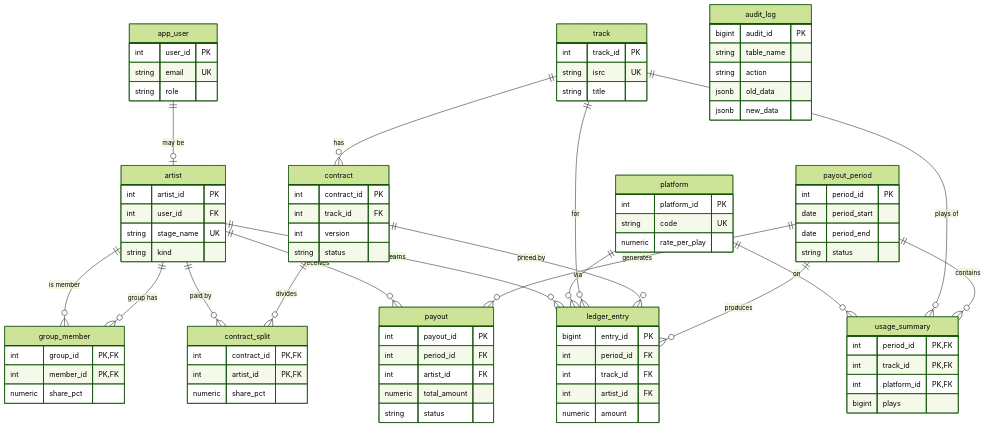
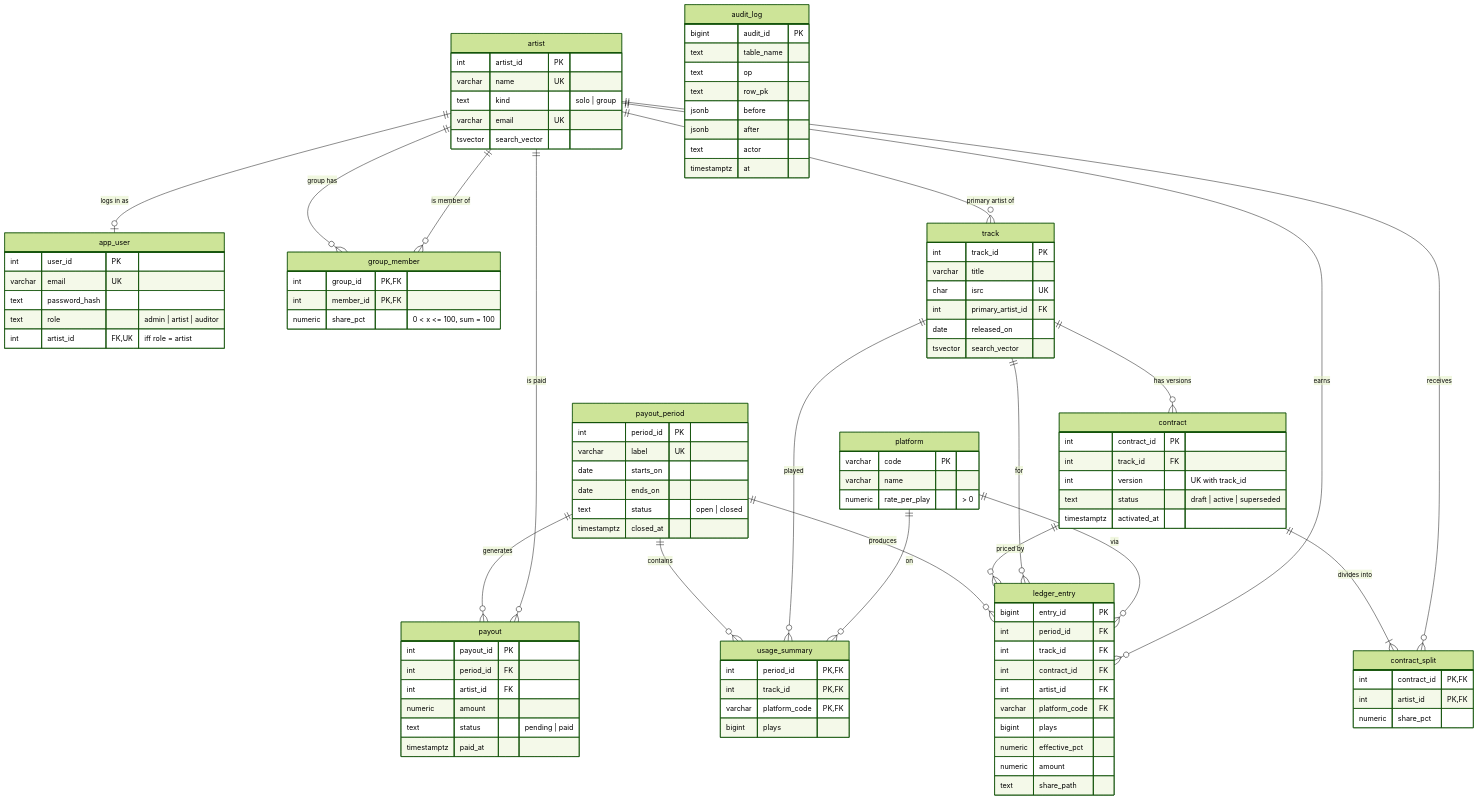
The diagram in docs/DESIGN.md (dearthskill/royalty-ledger), drawn with Mermaid (forest theme) before and after one commit. The commit also changed other lines of this file and 3 other files, not shown here.

Commit message:
Document the schema and ER model; record WP0 progress

````diff
--- a/docs/DESIGN.md
+++ b/docs/DESIGN.md
@@ -41,90 +43,109 @@
 ```mermaid
 erDiagram
-    app_user ||--o| artist : "may be"
+    artist ||--o| app_user : "logs in as"
     artist ||--o{ group_member : "group has"
-    artist ||--o{ group_member : "is member"
-    track ||--o{ contract : has
-    contract ||--o{ contract_split : divides
-    artist ||--o{ contract_split : "paid by"
-    payout_period ||--o{ usage_summary : contains
-    track ||--o{ usage_summary : "plays of"
+    artist ||--o{ group_member : "is member of"
+    artist ||--o{ track : "primary artist of"
+    track ||--o{ contract : "has versions"
+    contract ||--|{ contract_split : "divides into"
+    artist ||--o{ contract_split : "receives"
+    payout_period ||--o{ usage_summary : "contains"
+    track ||--o{ usage_summary : "played"
     platform ||--o{ usage_summary : "on"
-    payout_period ||--o{ ledger_entry : produces
+    payout_period ||--o{ ledger_entry : "produces"
     contract ||--o{ ledger_entry : "priced by"
     track ||--o{ ledger_entry : "for"
     platform ||--o{ ledger_entry : "via"
-    artist ||--o{ ledger_entry : earns
-    payout_period ||--o{ payout : generates
-    artist ||--o{ payout : receives
+    artist ||--o{ ledger_entry : "earns"
+    payout_period ||--o{ payout : "generates"
+    artist ||--o{ payout : "is paid"
 
+    artist {
+        int artist_id PK
+        varchar name UK
+        text kind "solo | group"
+        varchar email UK
+        tsvector search_vector
+    }
     app_user {
         int user_id PK
-        string email UK
-        string role
-    }
-    artist {
-        int artist_id PK
-        int user_id FK
-        string stage_name UK
-        string kind
+        varchar email UK
+        text password_hash
+        text role "admin | artist | auditor"
+        int artist_id FK,UK "iff role = artist"
     }
     group_member {
-        int group_id PK, FK
-        int member_id PK, FK
-        numeric share_pct
+        int group_id PK,FK
+        int member_id PK,FK
+        numeric share_pct "0 < x <= 100, sum = 100"
+    }
+    platform {
+        varchar code PK
+        varchar name
+        numeric rate_per_play "> 0"
     }
     track {
         int track_id PK
-        string isrc UK
-        string title
+        varchar title
+        char isrc UK
+        int primary_artist_id FK
+        date released_on
+        tsvector search_vector
     }
     contract {
         int contract_id PK
         int track_id FK
-        int version
-        string status
+        int version "UK with track_id"
+        text status "draft | active | superseded"
+        timestamptz activated_at
     }
     contract_split {
-        int contract_id PK, FK
-        int artist_id PK, FK
+        int contract_id PK,FK
+        int artist_id PK,FK
         numeric share_pct
-    }
-    platform {
-        int platform_id PK
-        string code UK
-        numeric rate_per_play
     }
     payout_period {
         int period_id PK
-        date period_start
-        date period_end
-        string status
+        varchar label UK
+        date starts_on
+        date ends_on
+        text status "open | closed"
+        timestamptz closed_at
     }
     usage_summary {
-        int period_id PK, FK
-        int track_id PK, FK
-        int platform_id PK, FK
+        int period_id PK,FK
+        int track_id PK,FK
+        varchar platform_code PK,FK
         bigint plays
     }
     ledger_entry {
         bigint entry_id PK
         int period_id FK
         int track_id FK
+        int contract_id FK
         int artist_id FK
+        varchar platform_code FK
+        bigint plays
+        numeric effective_pct
         numeric amount
+        text share_path
     }
     payout {
         int payout_id PK
         int period_id FK
         int artist_id FK
-        numeric total_amount
-        string status
+        numeric amount
+        text status "pending | paid"
+        timestamptz paid_at
     }
     audit_log {
         bigint audit_id PK
-        string table_name
-        string action
-        jsonb old_data
-        jsonb new_data
+        text table_name
+        text op
+        text row_pk
+        jsonb before
+        jsonb after
+        text actor
+        timestamptz at
     }
 ```
````
